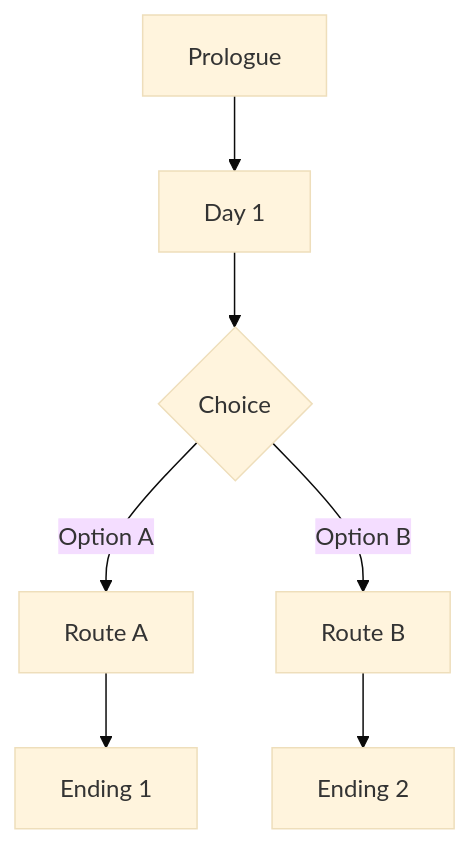
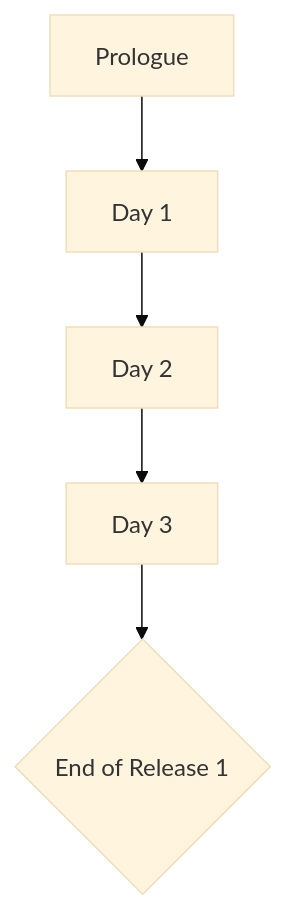
The diagram in narrative/writers_room/releases/release 1 - mvp/story_board.md (mikezilla14/untitled-victorian-vn), drawn with Mermaid (base theme) before and after one commit. The commit also changed other lines of this file and 13 other files, not shown here.

Commit message:
docs: update README with repository architecture, AI agent framework, and narrative generation pipeline; refine monorepo structure and remove obsolete files

````diff
--- a/narrative/writers_room/releases/release 1 - mvp/story_board.md
+++ b/narrative/writers_room/releases/release 1 - mvp/story_board.md
@@ -10,9 +10,7 @@
 ```mermaid
 flowchart TD
-    A[Prologue] --> B[Day 1]
-    B --> C{Choice}
-    C -->|Option A| D[Route A]
-    C -->|Option B| E[Route B]
-    D --> F[Ending 1]
-    E --> G[Ending 2]
+    P[Prologue] --> D1[Day 1]
+    D1 --> D2[Day 2]
+    D2 --> D3[Day 3]
+    D3 --> End{End of Release 1}
 ```
````
